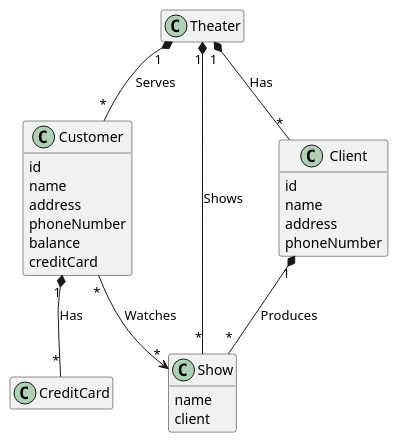
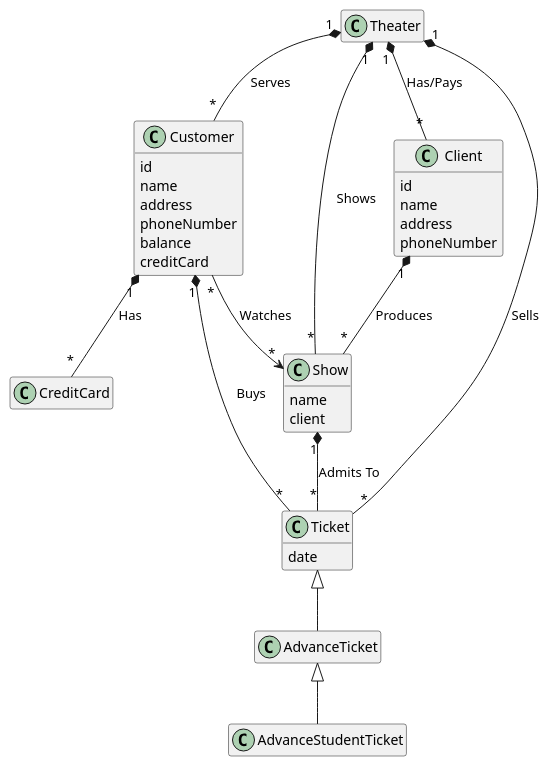
The diagram in src/ConceptualUML.pu (FreezeWarp/372Groupwork), drawn with PlantUML before and after one commit. The commit also changed 1 other file, not shown here.

Commit message:
Updated Conceptual Class Diagram

```diff
--- a/src/ConceptualUML.pu
+++ b/src/ConceptualUML.pu
@@ -1,42 +1,57 @@
 @startuml
 
 skinparam classAttributeIconSize 0
 hide empty members
 
 class Theater {
 }
 
 class Customer {
     id
     name
     address
     phoneNumber
     balance
     creditCard
 }
 
 class Show {
     name
     client
 }
 
 
 class Client {
     id
     name
     address
     phoneNumber
 }
 
 class CreditCard {
 
 }
 
+class Ticket {
+    date
+}
+
+class AdvanceTicket extends Ticket {
+
+}
+
+class AdvanceStudentTicket extends AdvanceTicket {
+
+}
+
+Theater "1" *-- "*" Ticket: Sells
+Customer "1" *-- "*" Ticket: Buys
+Show "1" *-- "*" Ticket: Admits To
 Theater "1" *-- "*" Customer : Serves
 Theater "1" *-- "*" Show : Shows
-Theater "1" *-- "*" Client : Has
+Theater "1" *-- "*" Client : Has/Pays
 Client "1" *-- "*" Show : Produces
 Customer "1" *-- "*" CreditCard : Has
 Customer "*" --> "*" Show : Watches
 
 @enduml
```
